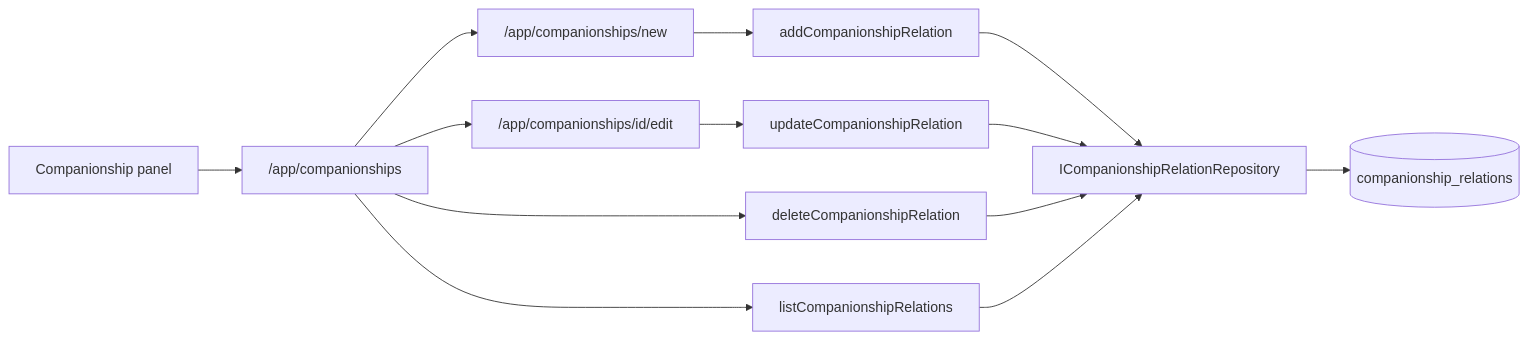
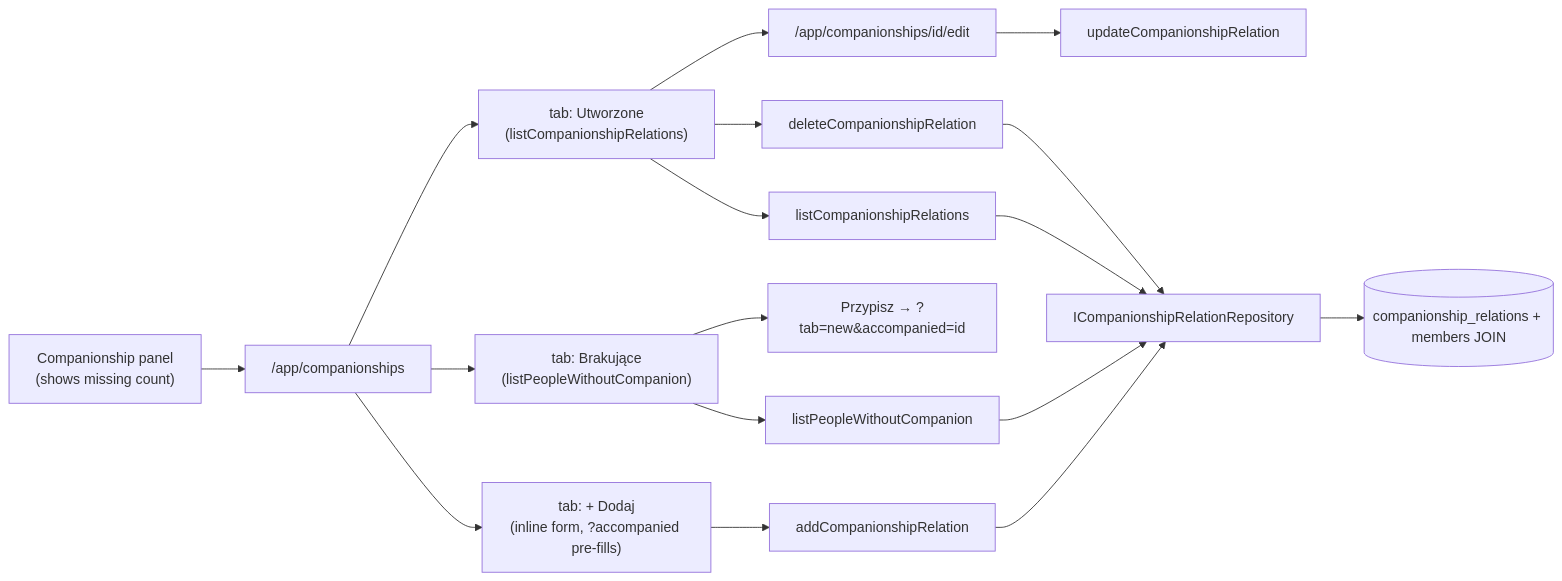
Before and after one commit to greg-latuszek/emma-companionship: the fifth of 7 diagrams in docs/current-architecture.md, drawn with Mermaid. The commit also changed other lines of this file and 2 other files, not shown here.

````diff
--- a/docs/current-architecture.md
+++ b/docs/current-architecture.md
@@ -171,15 +171,19 @@
 ```mermaid
 flowchart LR
-  panel[Companionship panel] --> list["/app/companionships"]
-  list --> add["/app/companionships/new"]
-  list --> edit["/app/companionships/id/edit"]
-  add --> create[addCompanionshipRelation]
+  panel["Companionship panel\n(shows missing count)"] --> companionships["/app/companionships"]
+  companionships --> tabCreated["tab: Utworzone\n(listCompanionshipRelations)"]
+  companionships --> tabMissing["tab: Brakujące\n(listPeopleWithoutCompanion)"]
+  companionships --> tabNew["tab: + Dodaj\n(inline form, ?accompanied pre-fills)"]
+  tabCreated --> edit["/app/companionships/id/edit"]
+  tabCreated --> remove[deleteCompanionshipRelation]
+  tabMissing --> assign["Przypisz → ?tab=new&accompanied=id"]
+  tabNew --> create[addCompanionshipRelation]
+  create --> repo[ICompanionshipRelationRepository]
   edit --> update[updateCompanionshipRelation]
-  list --> remove[deleteCompanionshipRelation]
-  create --> repo[ICompanionshipRelationRepository]
-  update --> repo
   remove --> repo
-  list --> listUse[listCompanionshipRelations]
-  listUse --> repo
-  repo --> pg[(companionship_relations)]
+  tabCreated --> listRel[listCompanionshipRelations]
+  tabMissing --> listMissing[listPeopleWithoutCompanion]
+  listRel --> repo
+  listMissing --> repo
+  repo --> pg[(companionship_relations + members JOIN)]
 ```
````
